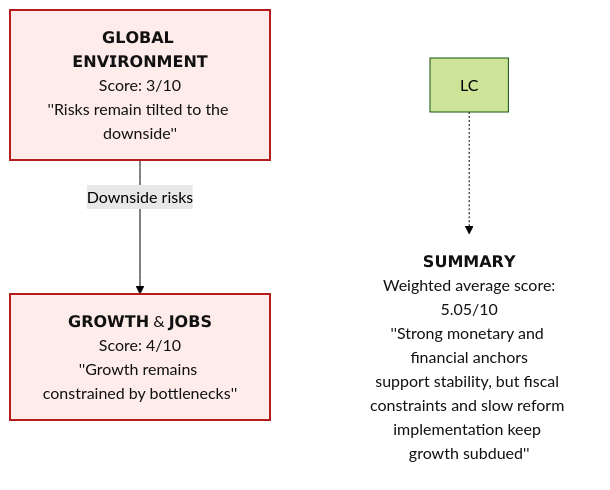
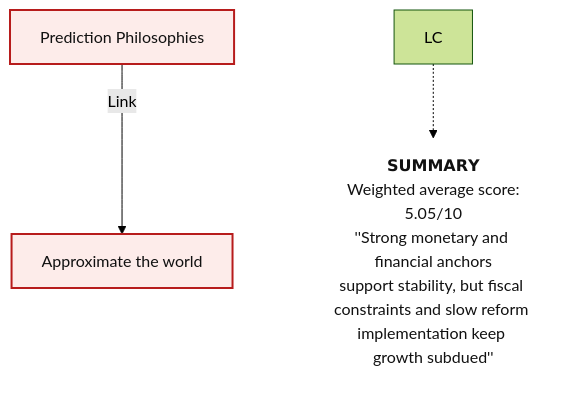
One commit to Tellusant/docs changed the diagram in articles-posts/predictive-model-evaluation-framework.md. Above: the diagram before and after it, drawn with Mermaid (forest theme).

```diff
--- a/articles-posts/predictive-model-evaluation-framework.md
+++ b/articles-posts/predictive-model-evaluation-framework.md
@@ -26,30 +26,30 @@
 <div class="mermaid">
 
 flowchart TD
 
 %% ========= NODES =========
-GE["𝗚𝗟𝗢𝗕𝗔𝗟 𝗘𝗡𝗩𝗜𝗥𝗢𝗡𝗠𝗘𝗡𝗧<br/>Score: 3/10<br/>''Risks remain tilted to the downside''"]:::risk
-GJ["𝗚𝗥𝗢𝗪𝗧𝗛 & 𝗝𝗢𝗕𝗦<br/>Score: 4/10<br/>''Growth remains constrained by bottlenecks''"]:::risk
+FP["Prediction Philosophies"]:::risk
+AW["Approximate the world"]:::risk
 
 
 %% ========= RELATIONSHIPS =========
-GE -->|Downside risks| GJ
+FP -->|Link| AW
 
 
 %% ========= INVISIBLE LAYOUT CONTROL =========
 ANCHOR[" "]:::anchor
 
 %% ========= SUMMARY (FORCED BELOW, NO VISIBLE ARROWS) =========
 SUM["𝗦𝗨𝗠𝗠𝗔𝗥𝗬<br/>Weighted average score:<br/>5.05/10<br/>''Strong monetary and financial anchors
 support stability, but fiscal constraints and slow reform implementation keep growth subdued''"]:::summary
 LC -.-> SUM:::anchor
 
 %% ========= STYLES =========
 classDef strong  fill:#E8F5E9,stroke:#1B5E20,stroke-width:2px,color:#111;
 classDef neutral fill:#E3F2FD,stroke:#0D47A1,stroke-width:2px,color:#111;
 classDef mixed   fill:#FFF8E1,stroke:#FF6F00,stroke-width:2px,color:#111;
 classDef risk    fill:#FDECEA,stroke:#B71C1C,stroke-width:2px,color:#111;
 classDef summary fill:#F5F5F5,stroke:#424242,stroke-width:2px,color:#111;
 classDef anchor fill:transparent,stroke:transparent;
 
 </div>
```
